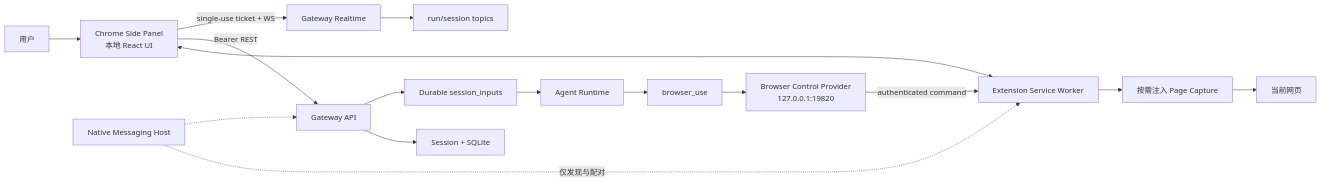
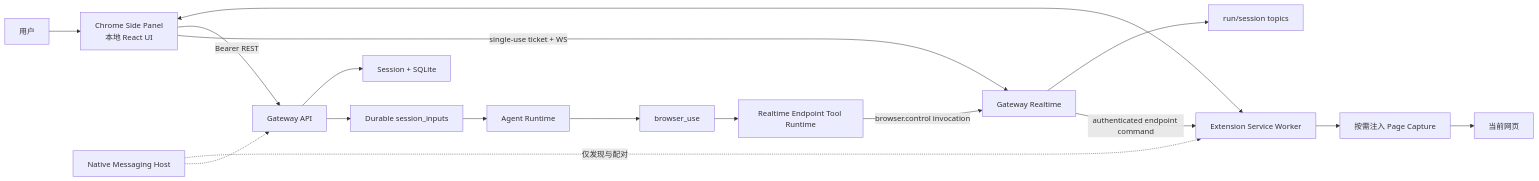
Before and after one commit to xopcai/xopc: the diagram in docs/design/chrome-extension-side-panel-chat.md, drawn with Mermaid. The commit also changed other lines of this file and 49 other files, not shown here.

````diff
--- a/docs/design/chrome-extension-side-panel-chat.md
+++ b/docs/design/chrome-extension-side-panel-chat.md
@@ -56,21 +56,22 @@
 ```mermaid
 flowchart LR
   User[用户] --> Panel[Chrome Side Panel\n本地 React UI]
   Panel <--> SW[Extension Service Worker]
   SW --> Script[按需注入 Page Capture]
   Script --> Tab[当前网页]
 
   Panel -->|Bearer REST| API[Gateway API]
   Panel -->|single-use ticket + WS| RT[Gateway Realtime]
   RT --> Runs[run/session topics]
   API --> Sessions[Session + SQLite]
   API --> Inputs[Durable session_inputs]
   Inputs --> Agent[Agent Runtime]
 
   Agent --> BrowserUse[browser_use]
-  BrowserUse --> Control[Browser Control Provider\n127.0.0.1:19820]
-  Control -->|authenticated command| SW
+  BrowserUse --> Control[Realtime Endpoint Tool Runtime]
+  Control -->|browser.control invocation| RT
+  RT -->|authenticated endpoint command| SW
 
   Native[Native Messaging Host] -. 仅发现与配对 .-> SW
   Native -.-> API
 ```
````
